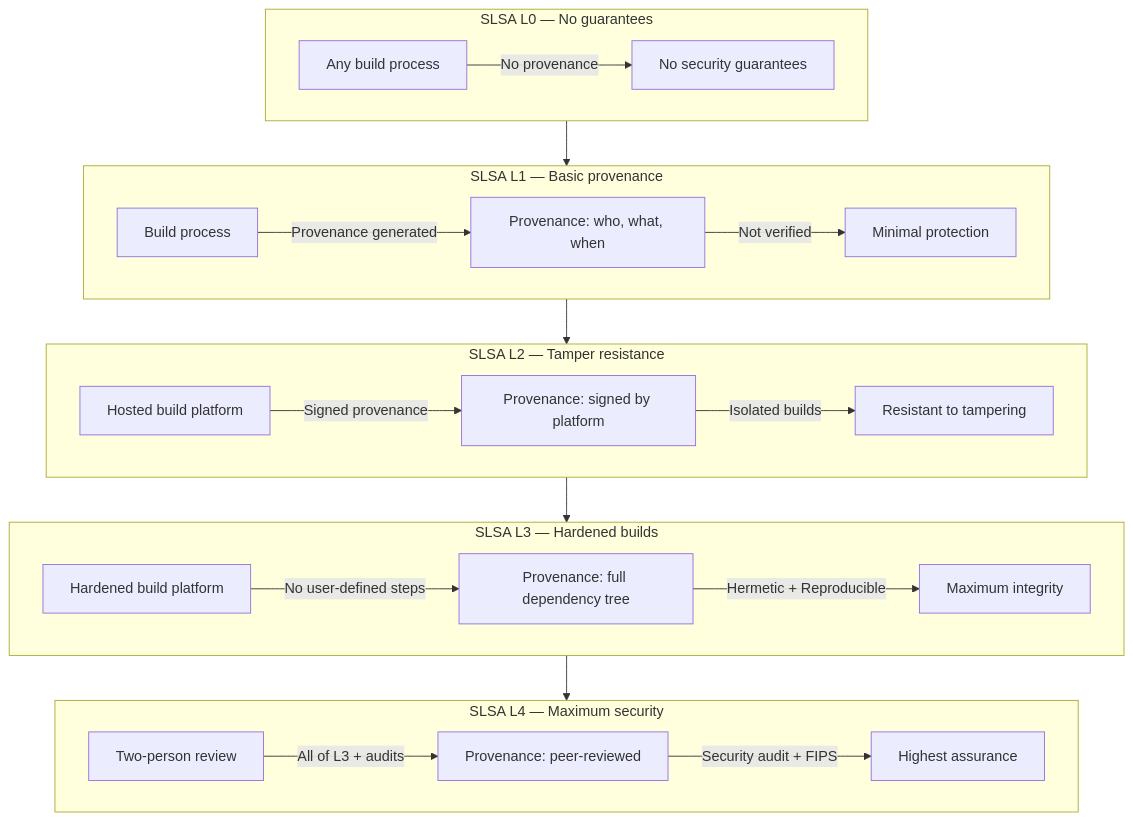
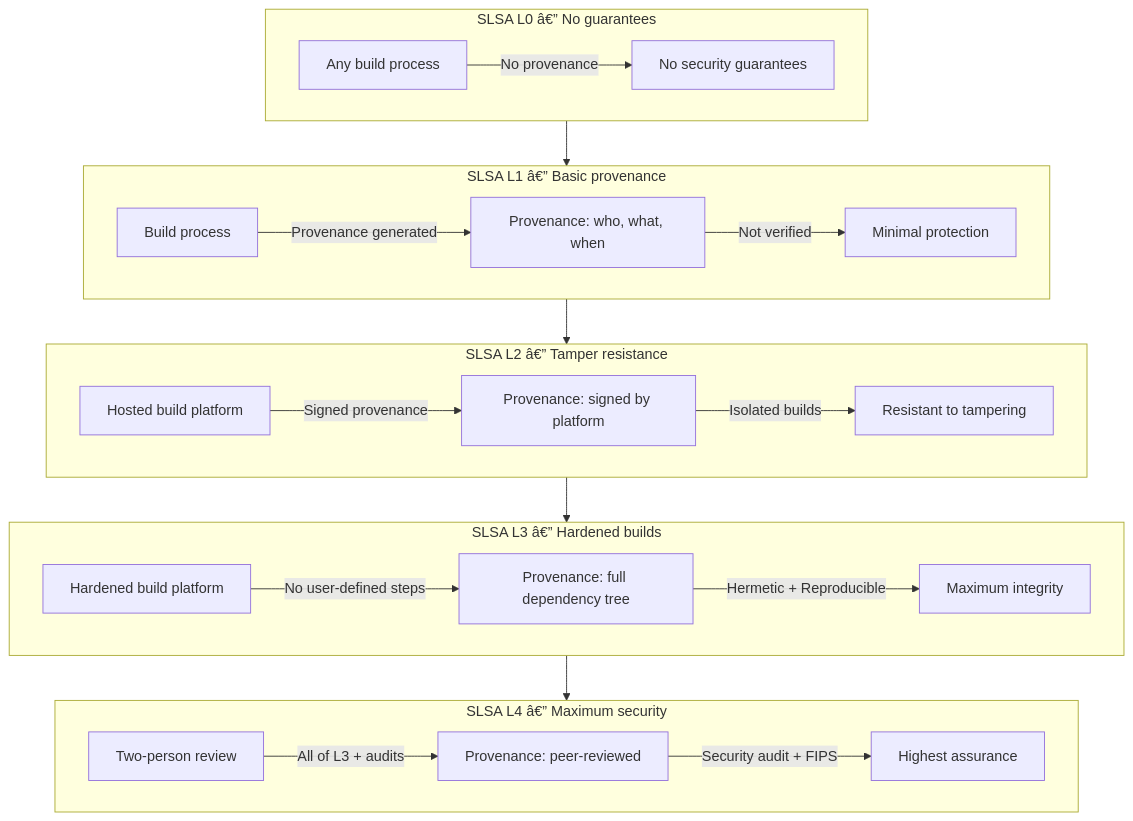
One commit to Raushan666java/ai-engineering-journey changed the fourth of 5 diagrams in docs/courses/cyber-security/16-supply-chain-cicd.md. Above: the diagram before and after it, drawn with Mermaid. The commit also changed other lines of this file and 735 other files, not shown here.

````diff
--- a/docs/courses/cyber-security/16-supply-chain-cicd.md
+++ b/docs/courses/cyber-security/16-supply-chain-cicd.md
@@ -2200,36 +2200,36 @@
 ```mermaid
 flowchart TB
-    subgraph SLSA_L0["SLSA L0 — No guarantees"]
+    subgraph SLSA_L0["SLSA L0 â€” No guarantees"]
         A0[Any build process]
         A0 -->|No provenance| A0e[No security guarantees]
     end
 
-    subgraph SLSA_L1["SLSA L1 — Basic provenance"]
+    subgraph SLSA_L1["SLSA L1 â€” Basic provenance"]
         B1[Build process]
         B1 -->|Provenance generated| P1[Provenance: who, what, when]
         P1 -->|Not verified| B1e[Minimal protection]
     end
 
-    subgraph SLSA_L2["SLSA L2 — Tamper resistance"]
+    subgraph SLSA_L2["SLSA L2 â€” Tamper resistance"]
         C2[Hosted build platform]
         C2 -->|Signed provenance| P2[Provenance: signed by platform]
         P2 -->|Isolated builds| C2e[Resistant to tampering]
     end
 
-    subgraph SLSA_L3["SLSA L3 — Hardened builds"]
+    subgraph SLSA_L3["SLSA L3 â€” Hardened builds"]
         D3[Hardened build platform]
         D3 -->|No user-defined steps| P3[Provenance: full dependency tree]
         P3 -->|Hermetic + Reproducible| D3e[Maximum integrity]
     end
 
-    subgraph SLSA_L4["SLSA L4 — Maximum security"]
+    subgraph SLSA_L4["SLSA L4 â€” Maximum security"]
         E4[Two-person review]
         E4 -->|All of L3 + audits| P4[Provenance: peer-reviewed]
         P4 -->|Security audit + FIPS| E4e[Highest assurance]
     end
 
     SLSA_L0 --> SLSA_L1
     SLSA_L1 --> SLSA_L2
     SLSA_L2 --> SLSA_L3
     SLSA_L3 --> SLSA_L4
 ```
````
